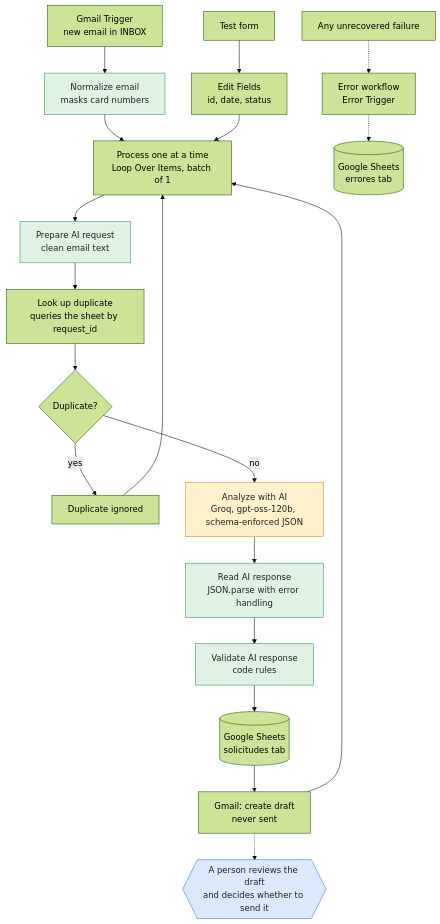
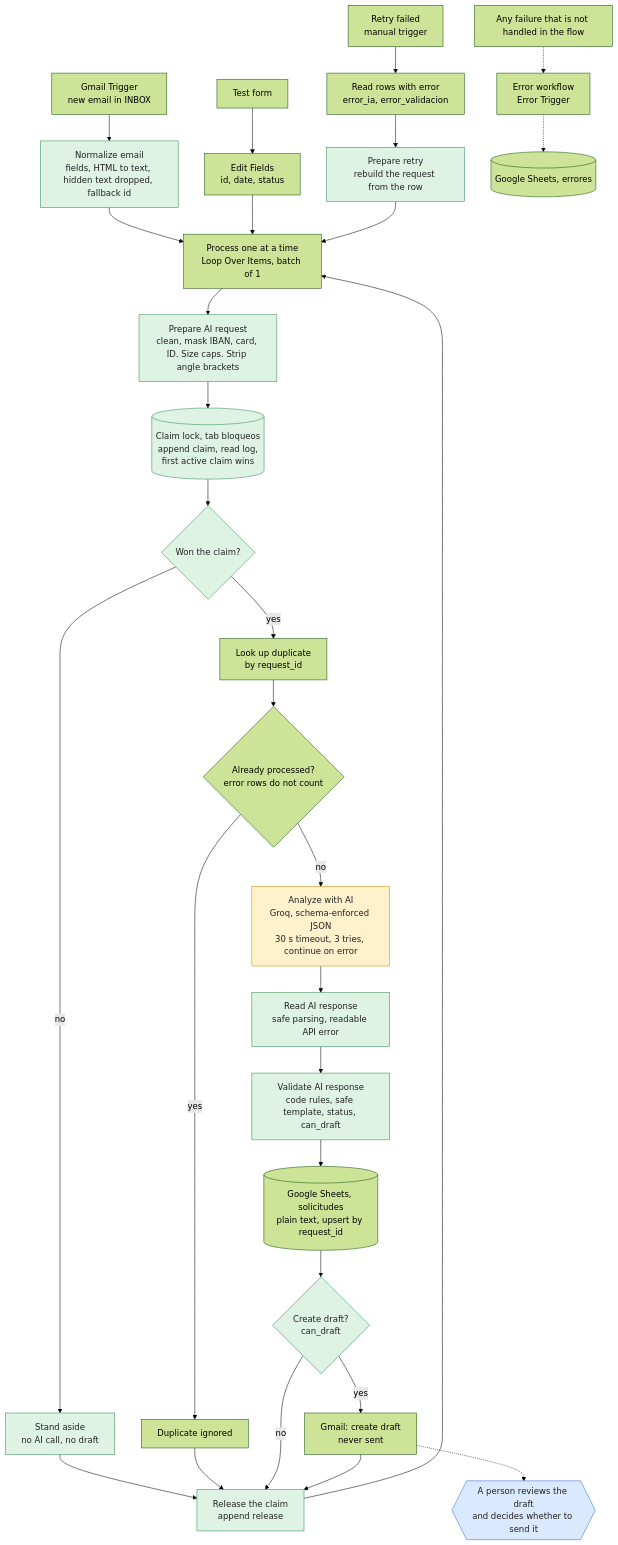
One commit to lararaul439-ctrl/leadflow-ai changed the diagram in README.md. Above: the diagram before and after it, drawn with Mermaid (forest theme). The commit also changed other lines of this file and 34 other files, not shown here.

First line of the commit message:
LeadFlow AI v1.2: claim lock, privacy, input hardening, tests, lint and CI (#1)

````diff
--- a/README.md
+++ b/README.md
@@ -26,29 +27,41 @@
 ```mermaid
 flowchart TB
-    GT["Gmail Trigger<br/>new email in INBOX"] --> NC["Normalize email<br/>masks card numbers"]
+    GT["Gmail Trigger<br/>new email in INBOX"] --> NC["Normalize email<br/>fields, HTML to text, hidden text dropped, fallback id"]
     FM["Test form"] --> EF["Edit Fields<br/>id, date, status"]
-    NC --> BU["Process one at a time<br/>Loop Over Items, batch of 1"]
+    RT["Retry failed<br/>manual trigger"] --> RD["Read rows with error<br/>error_ia, error_validacion"]
+    RD --> PR["Prepare retry<br/>rebuild the request from the row"]
+
+    NC --> BU
     EF --> BU
-    BU --> PP["Prepare AI request<br/>clean email text"]
-    PP --> BD["Look up duplicate<br/>queries the sheet by request_id"]
-    BD --> DUP{"Duplicate?"}
+    PR --> BU
+
+    BU["Process one at a time<br/>Loop Over Items, batch of 1"] --> PP["Prepare AI request<br/>clean, mask IBAN, card, ID. Size caps. Strip angle brackets"]
+    PP --> CL[("Claim lock, tab bloqueos<br/>append claim, read log,<br/>first active claim wins")]
+    CL --> WIN{"Won the claim?"}
+    WIN -- "no" --> LOST["Stand aside<br/>no AI call, no draft"]
+    WIN -- "yes" --> BD["Look up duplicate<br/>by request_id"]
+    BD --> DUP{"Already processed?<br/>error rows do not count"}
     DUP -- "yes" --> IG["Duplicate ignored"]
-    IG --> BU
-    DUP -- "no" --> IA["Analyze with AI<br/>Groq, gpt-oss-120b, schema-enforced JSON"]
-    IA --> LR["Read AI response<br/>JSON.parse with error handling"]
-    LR --> VR["Validate AI response<br/>code rules"]
-    VR --> SH[("Google Sheets<br/>solicitudes tab")]
-    SH --> BR["Gmail: create draft<br/>never sent"]
-    BR --> BU
+    DUP -- "no" --> IA["Analyze with AI<br/>Groq, schema-enforced JSON<br/>30 s timeout, 3 tries, continue on error"]
+    IA --> LR["Read AI response<br/>safe parsing, readable API error"]
+    LR --> VR["Validate AI response<br/>code rules, safe template, status, can_draft"]
+    VR --> SH[("Google Sheets, solicitudes<br/>plain text, upsert by request_id")]
+    SH --> GATE{"Create draft?<br/>can_draft"}
+    GATE -- "yes" --> BR["Gmail: create draft<br/>never sent"]
     BR -.-> HUM{{"A person reviews the draft<br/>and decides whether to send it"}}
+    LOST --> REL
+    IG --> REL
+    GATE -- "no" --> REL
+    BR --> REL["Release the claim<br/>append release"]
+    REL --> BU
 
-    FALLO["Any unrecovered failure"] -.-> ER["Error workflow<br/>Error Trigger"]
-    ER -.-> SE[("Google Sheets<br/>errores tab")]
+    FALLO["Any failure that is not handled in the flow"] -.-> ER["Error workflow<br/>Error Trigger"]
+    ER -.-> SE[("Google Sheets, errores")]
 
     classDef ia fill:#fff1cc,stroke:#c28f00,color:#222
     classDef codigo fill:#dff3e4,stroke:#2e8b57,color:#222
     classDef humano fill:#dbe9ff,stroke:#2f6fd0,color:#222
     class IA ia
-    class NC,PP,LR,VR codigo
+    class NC,PP,LR,VR,PR,GATE,WIN,CL,REL,LOST codigo
     class HUM humano
 ```
````
